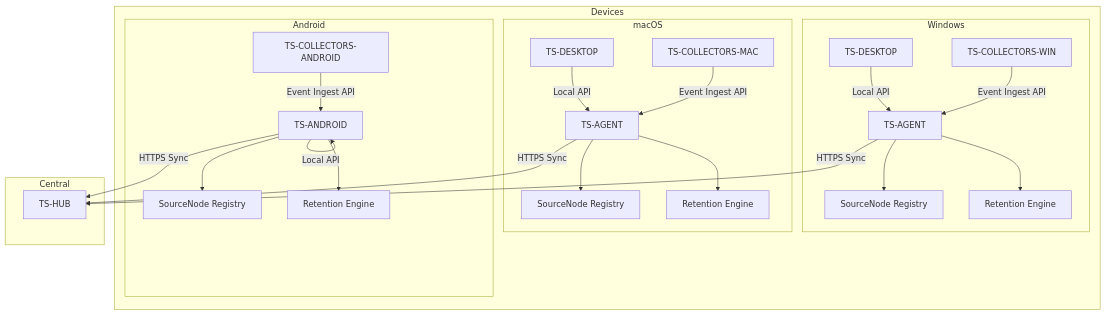
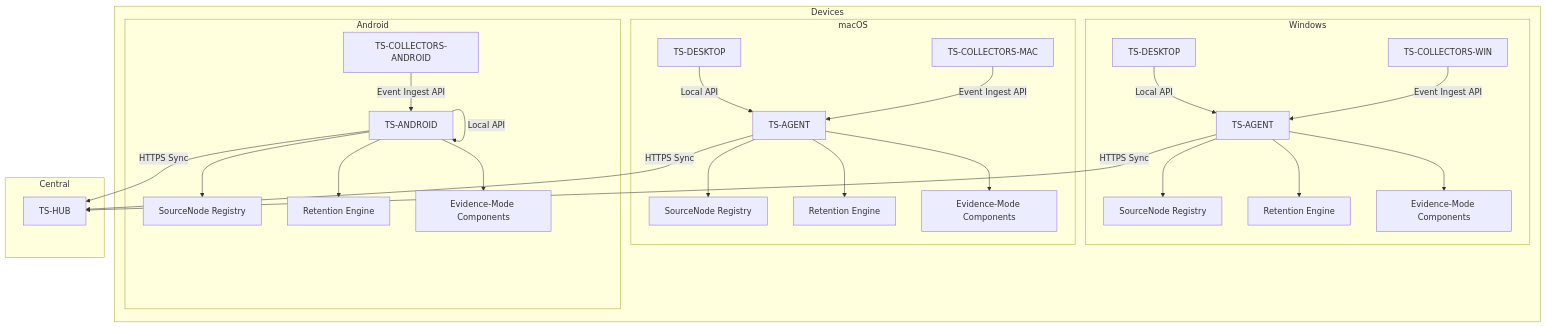
The second of 2 diagrams in .qoder/repowiki/en/content/Technical Design Specifications.md (asukhodko/timeskein), drawn with Mermaid before and after one commit. The commit also changed other lines of this file and 6 other files, not shown here.

First line of the commit message:
docs(adr): add ADR-0003 Evidence-Mode Opt-in architecture decision

````diff
--- a/.qoder/repowiki/en/content/Technical Design Specifications.md
+++ b/.qoder/repowiki/en/content/Technical Design Specifications.md
@@ -126,43 +132,49 @@
 ```mermaid
 graph TB
 subgraph "Devices"
 subgraph "Windows"
 WSurface["TS-DESKTOP"]
 WAgent["TS-AGENT"]
 WCollectors["TS-COLLECTORS-WIN"]
 WSourceNode["SourceNode Registry"]
 WRetention["Retention Engine"]
+WEvidence["Evidence-Mode Components"]
 end
 subgraph "macOS"
 MSurface["TS-DESKTOP"]
 MAgent["TS-AGENT"]
 MCollectors["TS-COLLECTORS-MAC"]
 MSourceNode["SourceNode Registry"]
 MRetention["Retention Engine"]
+MEvidence["Evidence-Mode Components"]
 end
 subgraph "Android"
 AApp["TS-ANDROID"]
 ACollectors["TS-COLLECTORS-ANDROID"]
 ASourceNode["SourceNode Registry"]
 ARetention["Retention Engine"]
+AEvidence["Evidence-Mode Components"]
 end
 end
 subgraph "Central"
 Hub["TS-HUB"]
 end
 WSurface -- "Local API" --> WAgent
 MSurface -- "Local API" --> MAgent
 AApp -- "Local API" --> AApp
 WCollectors -- "Event Ingest API" --> WAgent
 MCollectors -- "Event Ingest API" --> MAgent
 ACollectors -- "Event Ingest API" --> AApp
 WAgent -- "HTTPS Sync" --> Hub
 MAgent -- "HTTPS Sync" --> Hub
 AApp -- "HTTPS Sync" --> Hub
 WAgent --> WSourceNode
 MAgent --> MSourceNode
 AApp --> ASourceNode
 WAgent --> WRetention
 MAgent --> MRetention
 AApp --> ARetention
+WAgent --> WEvidence
+MAgent --> MEvidence
+AApp --> AEvidence
 ```
````
